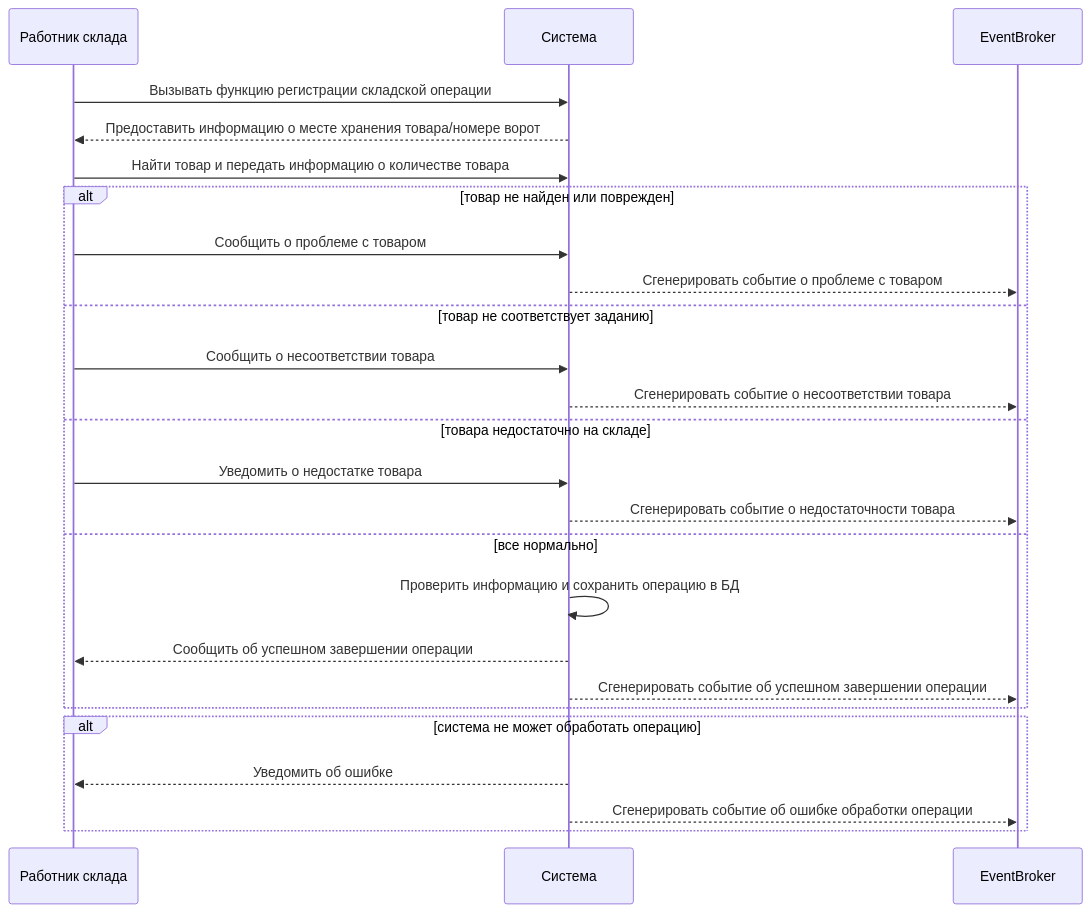
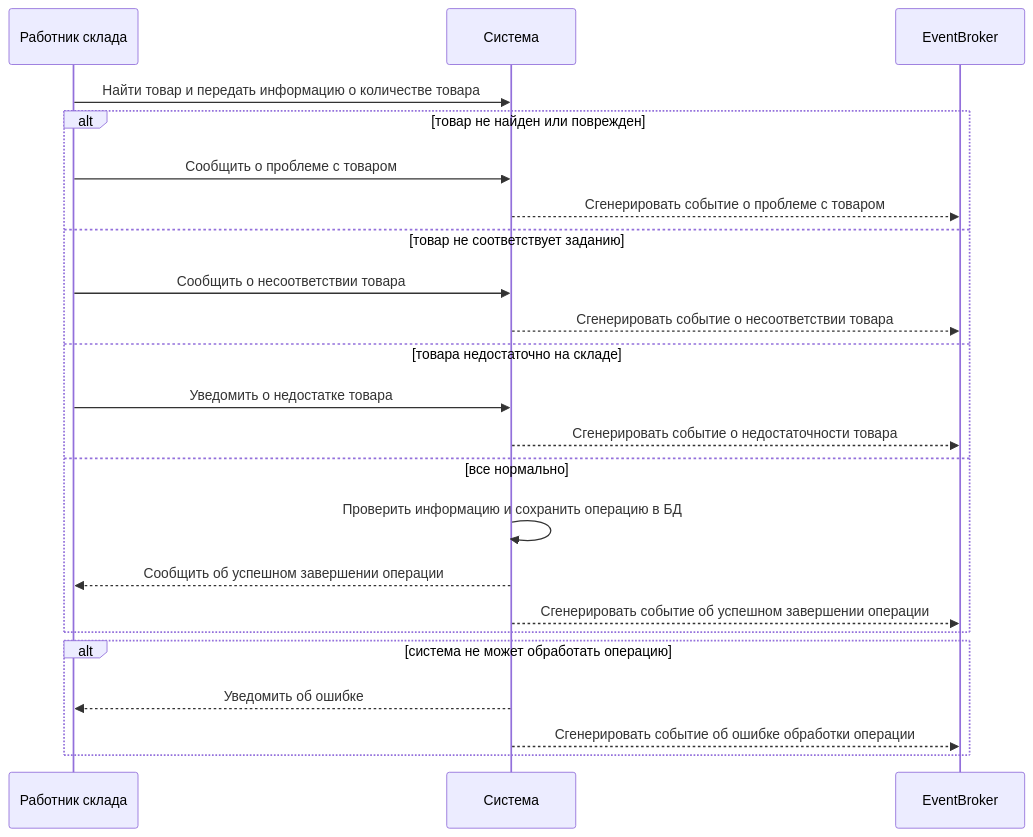
One commit to PortnovAlex80/node_js_pro changed the fifth of 5 diagrams in api-warehouse/DraftReadme.md. Above: the diagram before and after it, drawn with Mermaid. The commit also changed other lines of this file, not shown here.

````diff
--- a/api-warehouse/DraftReadme.md
+++ b/api-warehouse/DraftReadme.md
@@ -203,27 +203,26 @@
 ```mermaid
 sequenceDiagram
 participant RS as Работник склада
 participant S as Система
 participant B as EventBroker
-RS ->> S: Вызывать функцию регистрации складской операции
-S -->> RS: Предоставить информацию о месте хранения товара/номере ворот
+
 RS ->> S: Найти товар и передать информацию о количестве товара
 alt товар не найден или поврежден
     RS ->> S: Сообщить о проблеме с товаром
     S -->> B: Сгенерировать событие о проблеме с товаром
 else товар не соответствует заданию
     RS ->> S: Сообщить о несоответствии товара
     S -->> B: Сгенерировать событие о несоответствии товара
 else товара недостаточно на складе
     RS ->> S: Уведомить о недостатке товара
     S -->> B: Сгенерировать событие о недостаточности товара
 else все нормально
     S ->> S: Проверить информацию и сохранить операцию в БД
     S -->> RS: Сообщить об успешном завершении операции
     S -->> B: Сгенерировать событие об успешном завершении операции
 end
 alt система не может обработать операцию
     S -->> RS: Уведомить об ошибке
         S -->> B: Сгенерировать событие об ошибке обработки операции
 end
 ```
````
